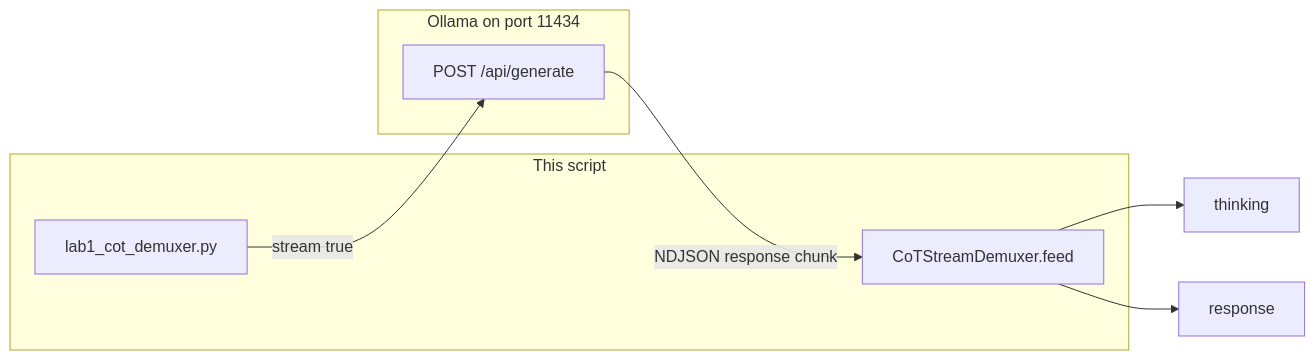
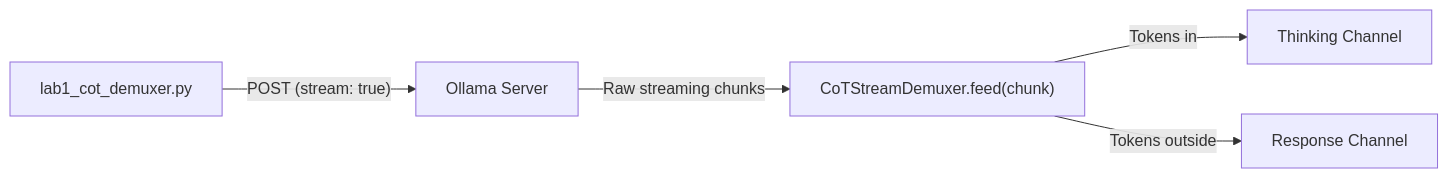
Before and after one commit to jacobbweber/AgenticAI-Labs: the diagram in education/06_the_reliability/lab1_cot_demuxer.md, drawn with Mermaid. The commit also changed other lines of this file and 123 other files, not shown here.

````diff
--- a/education/06_the_reliability/lab1_cot_demuxer.md
+++ b/education/06_the_reliability/lab1_cot_demuxer.md
@@ -14,14 +17,7 @@
 ```mermaid
 flowchart LR
-    subgraph cot_lab1_script [This script]
-        S["lab1_cot_demuxer.py"]
-        D["CoTStreamDemuxer.feed"]
-    end
-    subgraph cot_lab1_host [Ollama on port 11434]
-        H["POST /api/generate"]
-    end
-    S -->|"stream true"| H
-    H -->|"NDJSON response chunk"| D
-    D --> T["thinking"]
-    D --> A["response"]
+    A["lab1_cot_demuxer.py"] -->|"POST (stream: true)"| B["Ollama Server"]
+    B -->|"Raw streaming chunks"| C["CoTStreamDemuxer.feed(chunk)"]
+    C -->|"Tokens in <think>"| D["Thinking Channel"]
+    C -->|"Tokens outside <think>"| E["Response Channel"]
 ```
````
